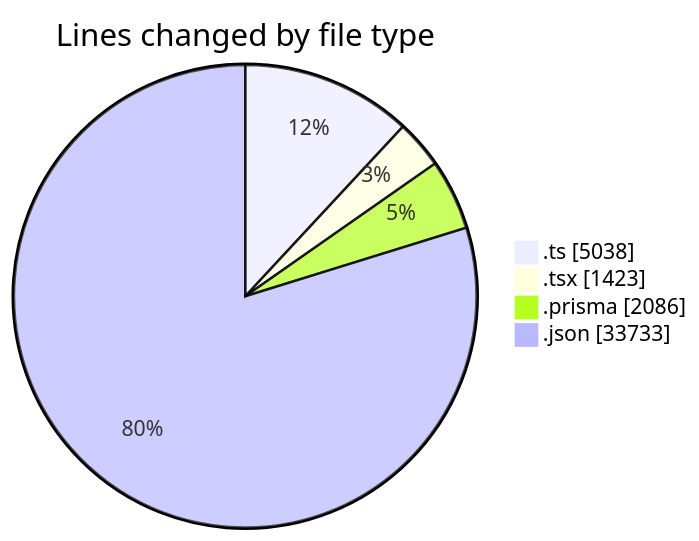
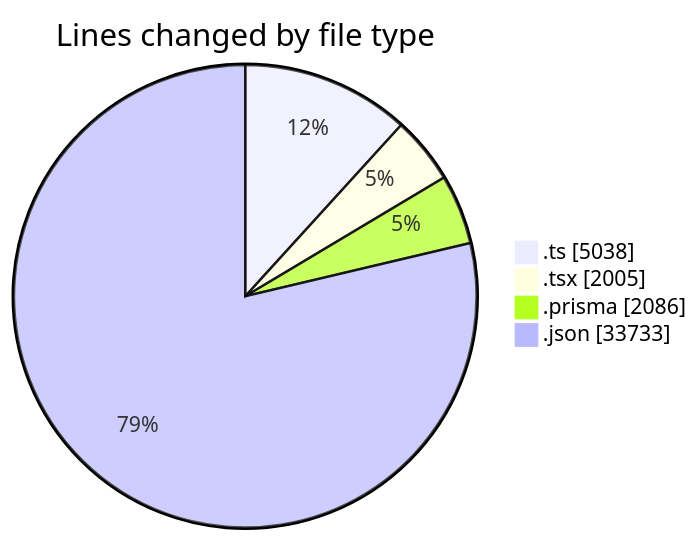
Before and after one commit to CELIANVF/code-tracking: the first of 2 diagrams in 2025-05-19/ecodeli-1/README.md, drawn with Mermaid. The commit also changed other lines of this file and 1 other file, not shown here.

````diff
--- a/2025-05-19/ecodeli-1/README.md
+++ b/2025-05-19/ecodeli-1/README.md
@@ -43,8 +46,8 @@
 ```mermaid
 pie showData
 title Lines changed by file type
 ".ts" : 5038
-".tsx" : 1423
+".tsx" : 2005
 ".prisma" : 2086
 ".json" : 33733
 ```
````
